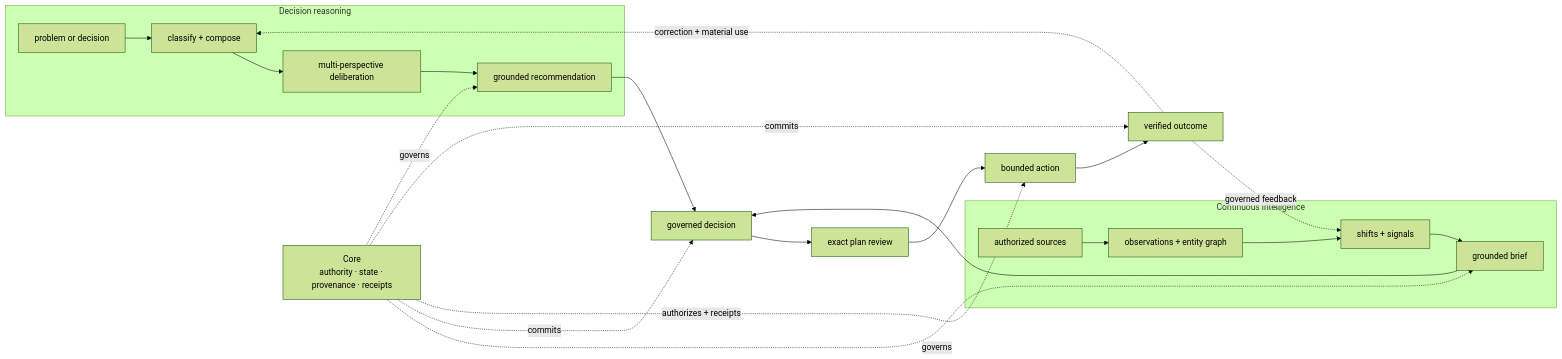
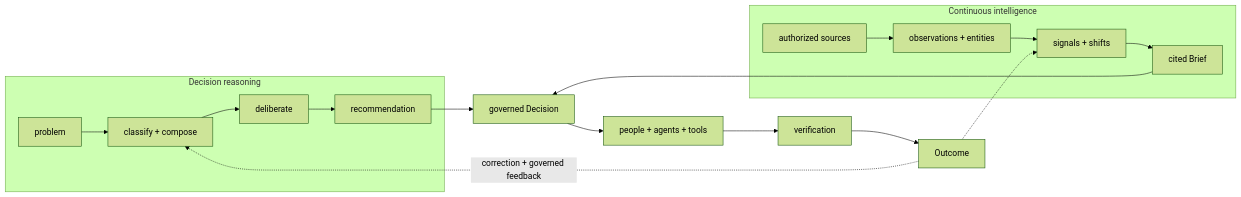
The first of 2 diagrams in README.md (augmented-cognition-engine/core), drawn with Mermaid (forest theme) before and after one commit. The commit also changed other lines of this file and 25 other files, not shown here.

Commit message:
docs(roadmap): align ACE vision with stable 1.0

````diff
--- a/README.md
+++ b/README.md
@@ -98,28 +63,14 @@
 ```mermaid
 flowchart LR
-    subgraph REASON["Decision reasoning"]
-        PROBLEM["problem or decision"] --> CLASSIFY["classify + compose"]
-        CLASSIFY --> DELIB["multi-perspective deliberation"]
-        DELIB --> REC["grounded recommendation"]
+    subgraph R["Decision reasoning"]
+        P["problem"] --> C["classify + compose"] --> D["deliberate"] --> REC["recommendation"]
     end
-
-    subgraph INTEL["Continuous intelligence"]
-        SRC["authorized sources"] --> OBS["observations + entity graph"]
-        OBS --> CHANGE["shifts + signals"]
-        CHANGE --> BRIEF["grounded brief"]
+    subgraph I["Continuous intelligence"]
+        S["authorized sources"] --> O["observations + entities"] --> CH["signals + shifts"] --> B["cited Brief"]
     end
-
-    REC --> DEC["governed decision"]
-    BRIEF --> DEC
-    DEC --> REVIEW["exact plan review"]
-    REVIEW --> ACTION["bounded action"]
-    ACTION --> OUT["verified outcome"]
-    OUT -.->|"correction + material use"| CLASSIFY
-    OUT -.->|"governed feedback"| CHANGE
-
-    CORE["Core<br/>authority · state · provenance · receipts"] -.->|governs| REC
-    CORE -.->|governs| BRIEF
-    CORE -.->|commits| DEC
-    CORE -.->|authorizes + receipts| ACTION
-    CORE -.->|commits| OUT
+    REC --> DEC["governed Decision"]
+    B --> DEC
+    DEC --> W["people + agents + tools"] --> V["verification"] --> OUT["Outcome"]
+    OUT -. "correction + governed feedback" .-> C
+    OUT -.-> CH
 ```
````
